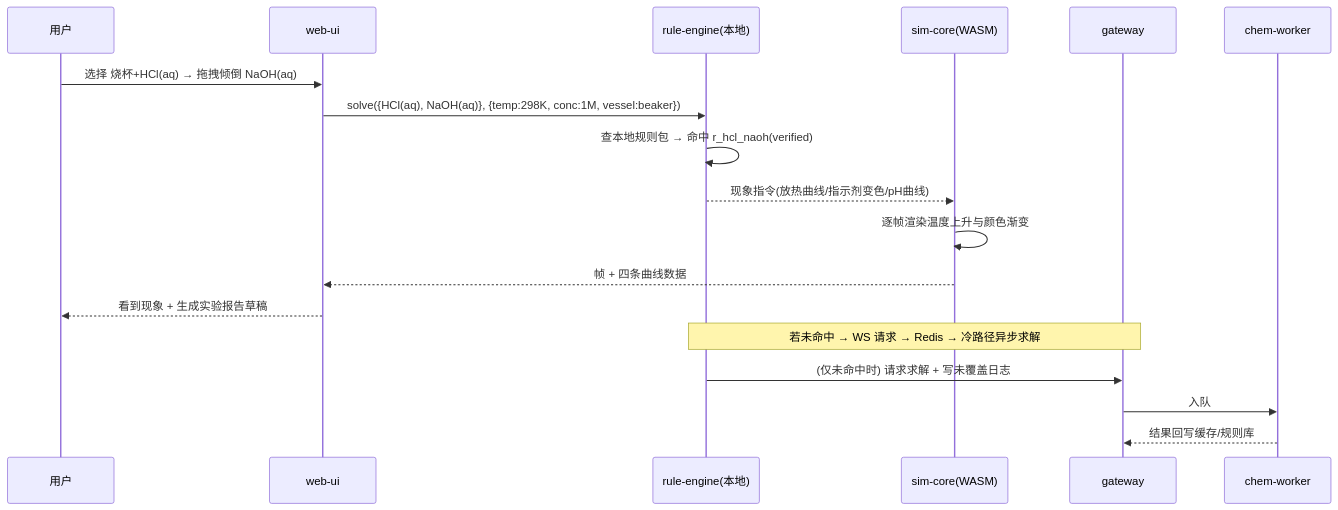
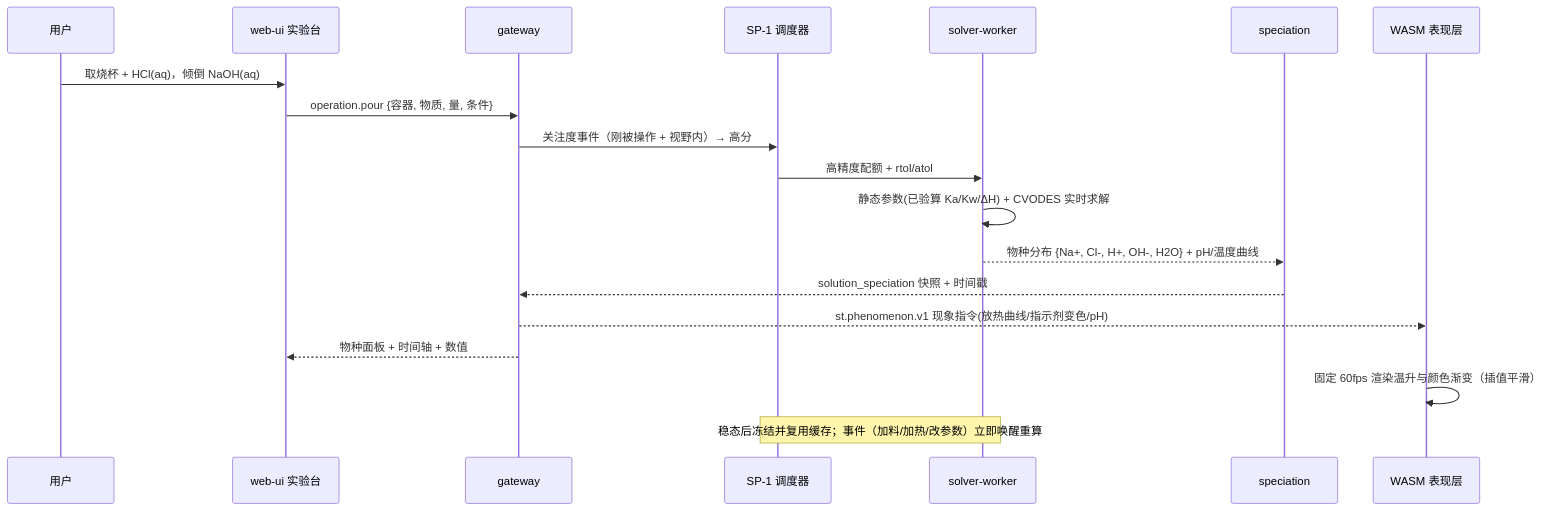
Before and after one commit to stellarissss/open-chem-lab: the second of 2 diagrams in docs/design/01-总体架构.md, drawn with Mermaid. The commit also changed other lines of this file and 46 other files, not shown here.

````diff
--- a/docs/design/01-总体架构.md
+++ b/docs/design/01-总体架构.md
@@ -132,20 +128,21 @@
 ```mermaid
 sequenceDiagram
     participant U as 用户
-    participant UI as web-ui
-    participant RE as rule-engine(本地)
-    participant SC as sim-core(WASM)
+    participant UI as web-ui 实验台
     participant GW as gateway
-    participant CH as chem-worker
-    U->>UI: 选择 烧杯+HCl(aq) → 拖拽倾倒 NaOH(aq)
-    UI->>RE: solve({HCl(aq), NaOH(aq)}, {temp:298K, conc:1M, vessel:beaker})
-    RE->>RE: 查本地规则包 → 命中 r_hcl_naoh(verified)
-    RE-->>SC: 现象指令(放热曲线/指示剂变色/pH曲线)
-    SC->>SC: 逐帧渲染温度上升与颜色渐变
-    SC-->>UI: 帧 + 四条曲线数据
-    UI-->>U: 看到现象 + 生成实验报告草稿
-    Note over RE,GW: 若未命中 → WS 请求 → Redis → 冷路径异步求解
-    RE->>GW: (仅未命中时) 请求求解 + 写未覆盖日志
-    GW->>CH: 入队
-    CH-->>GW: 结果回写缓存/规则库
+    participant SCH as SP-1 调度器
+    participant SV as solver-worker
+    participant SP as speciation
+    participant W as WASM 表现层
+    U->>UI: 取烧杯 + HCl(aq)，倾倒 NaOH(aq)
+    UI->>GW: operation.pour {容器, 物质, 量, 条件}
+    GW->>SCH: 关注度事件（刚被操作 + 视野内）→ 高分
+    SCH->>SV: 高精度配额 + rtol/atol
+    SV->>SV: 静态参数(已验算 Ka/Kw/ΔH) + CVODES 实时求解
+    SV-->>SP: 物种分布 {Na+, Cl-, H+, OH-, H2O} + pH/温度曲线
+    SP-->>GW: solution_speciation 快照 + 时间戳
+    GW-->>W: st.phenomenon.v1 现象指令(放热曲线/指示剂变色/pH)
+    GW-->>UI: 物种面板 + 时间轴 + 数值
+    W->>W: 固定 60fps 渲染温升与颜色渐变（插值平滑）
+    Note over SCH,SV: 稳态后冻结并复用缓存；事件（加料/加热/改参数）立即唤醒重算
 ```
````
